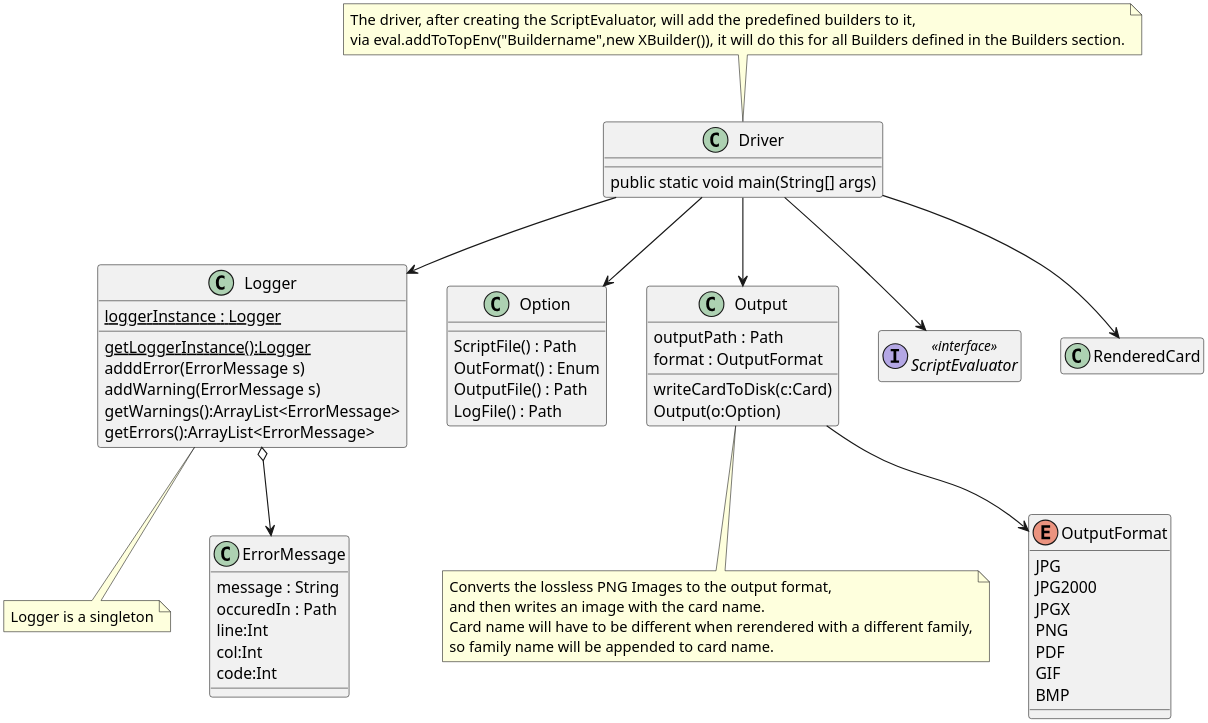
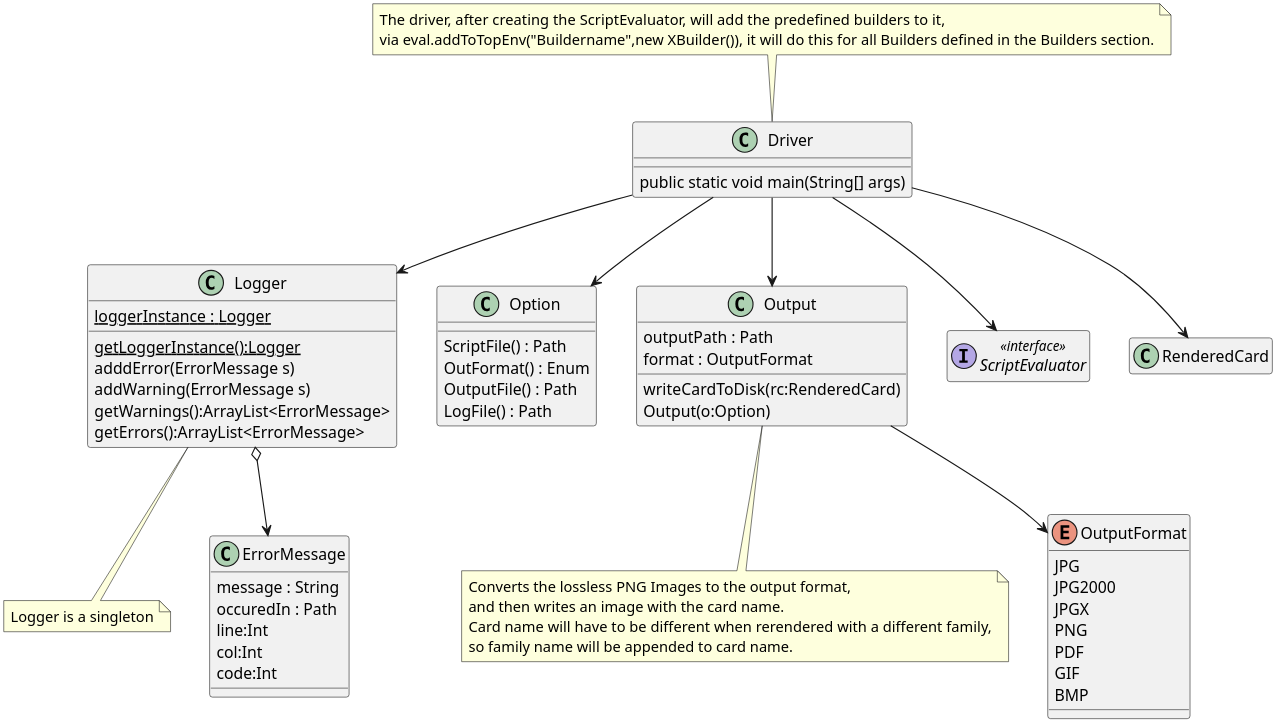
Before and after one commit to MatthewBregg/DesignPatternsRepo: the diagram in Structure/Driver.org, drawn with PlantUML. The commit also changed 1 other file, not shown here.

Commit message:
Output takes in rendered card

```diff
--- a/Structure/Driver.org
+++ b/Structure/Driver.org
@@ -95,80 +95,80 @@
 #+BEGIN_SRC plantuml :file DriverUML.png
 skinparam dpi 300
 
 class Logger
 Logger : {static} loggerInstance : Logger
 Logger : {static} getLoggerInstance():Logger
 Logger : adddError(ErrorMessage s)
 Logger : addWarning(ErrorMessage s)
 Logger : getWarnings():ArrayList<ErrorMessage>
 Logger : getErrors():ArrayList<ErrorMessage>
 note bottom : Logger is a singleton 
 
 
 
 class ErrorMessage
 ErrorMessage : message : String
 ErrorMessage : occuredIn : Path
 ErrorMessage : line:Int
 ErrorMessage : col:Int
 ErrorMessage : code:Int
 
 Logger o--> ErrorMessage 
 
 class Option
 Option : ScriptFile() : Path
 Option : OutFormat() : Enum
 Option : OutputFile() : Path
 Option : LogFile() : Path
 
 class Output
 Output : outputPath : Path
 Output : format : OutputFormat
-Output : writeCardToDisk(c:Card)
+Output : writeCardToDisk(rc:RenderedCard)
 Output : Output(o:Option)
 note bottom of Output
  Converts the lossless PNG Images to the output format,
  and then writes an image with the card name.
  Card name will have to be different when rerendered with a different family,
  so family name will be appended to card name.
 end note
 
 
 enum OutputFormat {
   JPG
   JPG2000
   JPGX
   PNG
   PDF
   GIF
   BMP
 }
 
 class Driver
 Driver : public static void main(String[] args)
 
 note top of Driver 
  The driver, after creating the ScriptEvaluator, will add the predefined builders to it,
  via eval.addToTopEnv("Buildername",new XBuilder()), it will do this for all Builders defined in the Builders section.
 end note
 
 Output --> OutputFormat
 
 interface ScriptEvaluator << interface >>
 hide ScriptEvaluator methods
 hide ScriptEvaluator members
 
 class RenderedCard
 hide RenderedCard methods
 hide RenderedCard members
 
 Driver --> Output
 Driver --> ScriptEvaluator
 Driver --> Option
 Driver --> Logger
 Driver --> RenderedCard
   
 
 
 
 #+END_SRC
```
